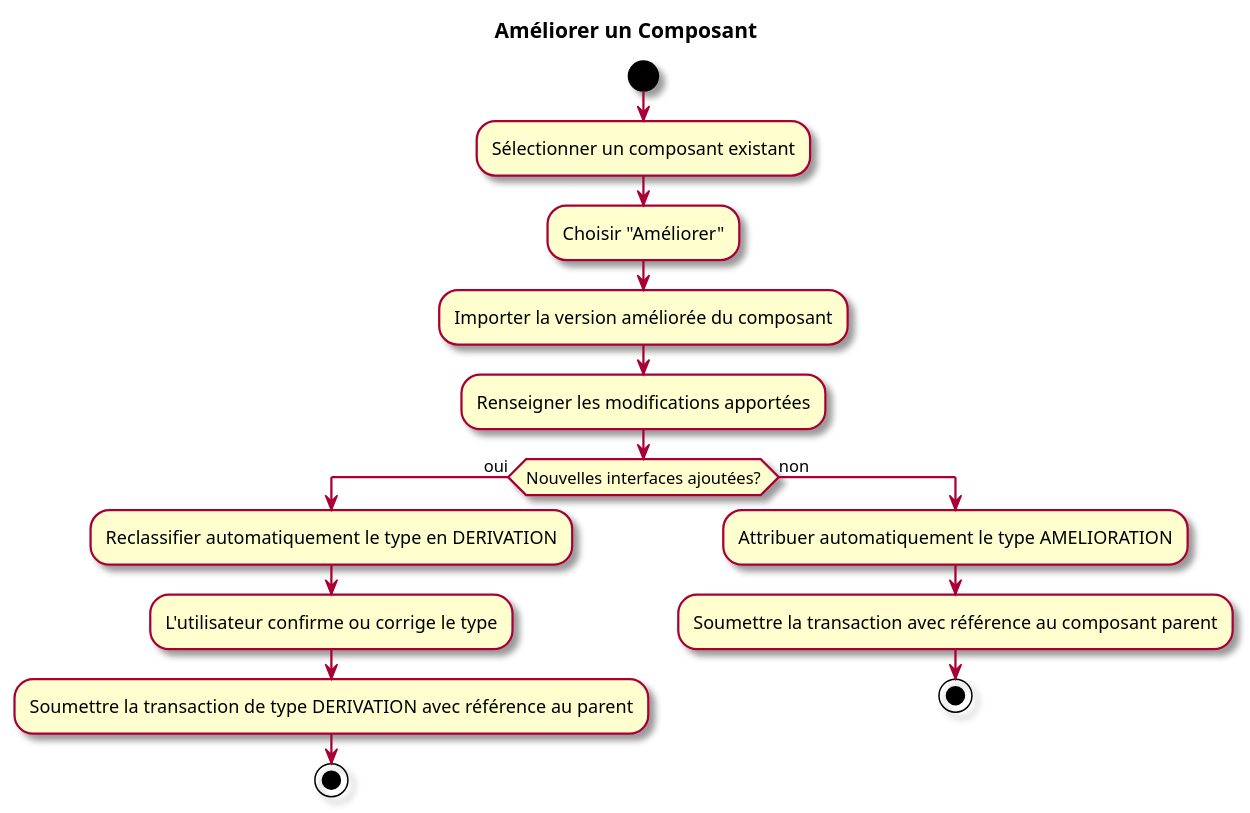
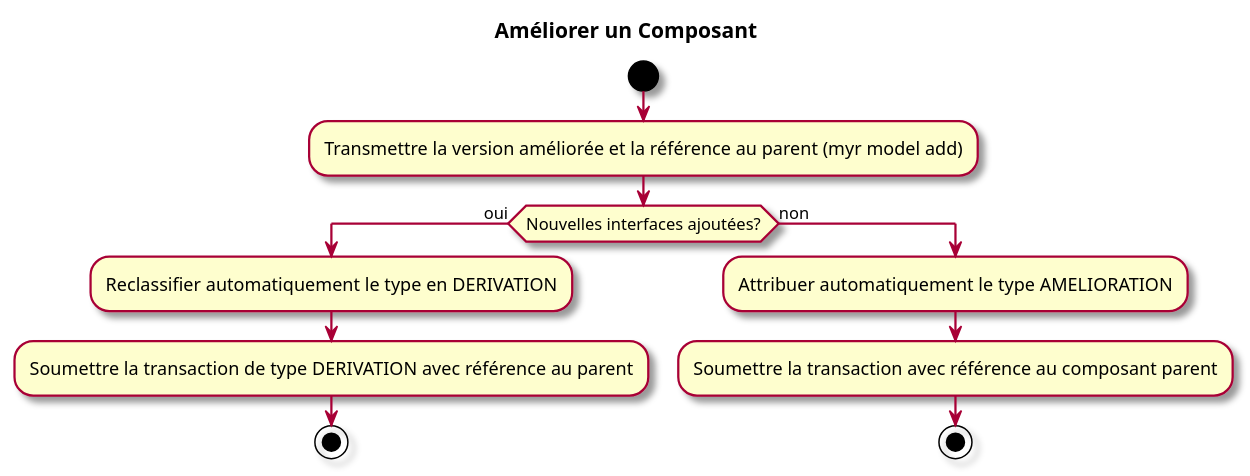
One commit to olivaux/myr changed the third of 3 diagrams in specs/1-Expression/UCCE-Composant_Ecriture/UCCE04.md. Above: the diagram before and after it, drawn with PlantUML. The commit also changed other lines of this file and 65 other files, not shown here.

````diff
--- a/specs/1-Expression/UCCE-Composant_Ecriture/UCCE04.md
+++ b/specs/1-Expression/UCCE-Composant_Ecriture/UCCE04.md
@@ -84,21 +82,17 @@
 ```plantuml
 @startuml
 skin rose
 title Améliorer un Composant
 start
-:Sélectionner un composant existant;
-:Choisir "Améliorer";
-:Importer la version améliorée du composant;
-:Renseigner les modifications apportées;
+:Transmettre la version améliorée et la référence au parent (myr model add);
 if (Nouvelles interfaces ajoutées?) then (oui)
   :Reclassifier automatiquement le type en DERIVATION;
-  :L'utilisateur confirme ou corrige le type;
   :Soumettre la transaction de type DERIVATION avec référence au parent;
   stop
 else (non)
   :Attribuer automatiquement le type AMELIORATION;
   :Soumettre la transaction avec référence au composant parent;
   stop
 endif
 @enduml
 ```
````
